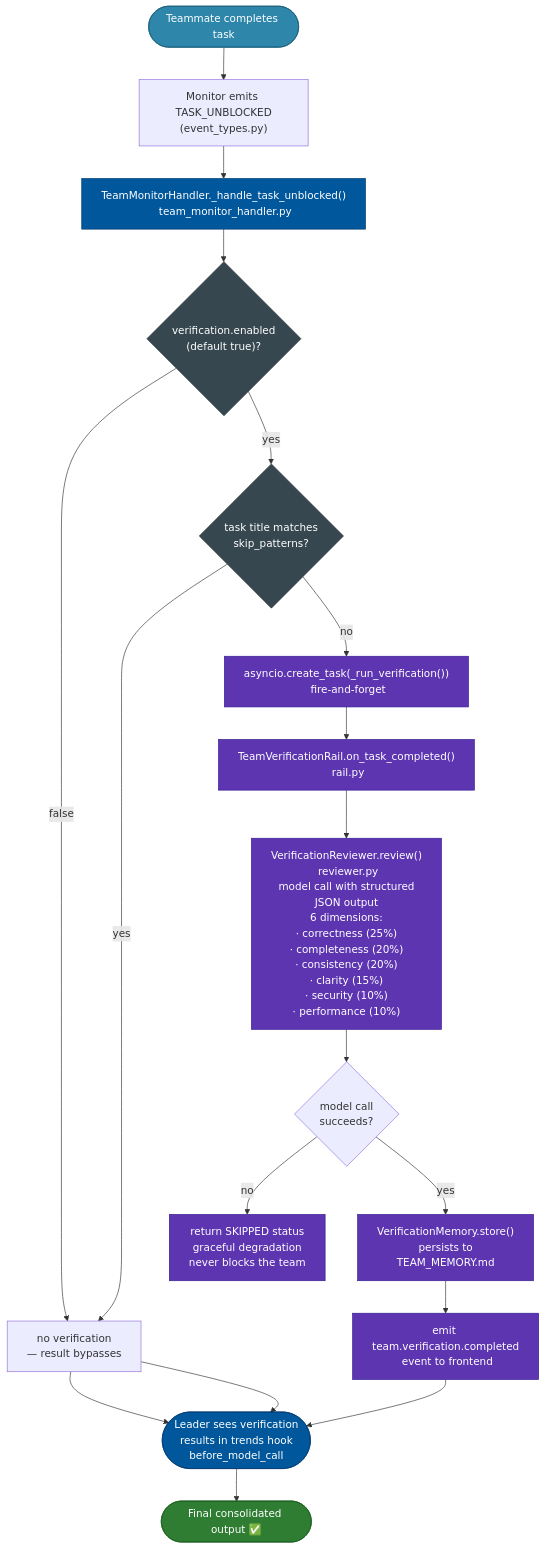
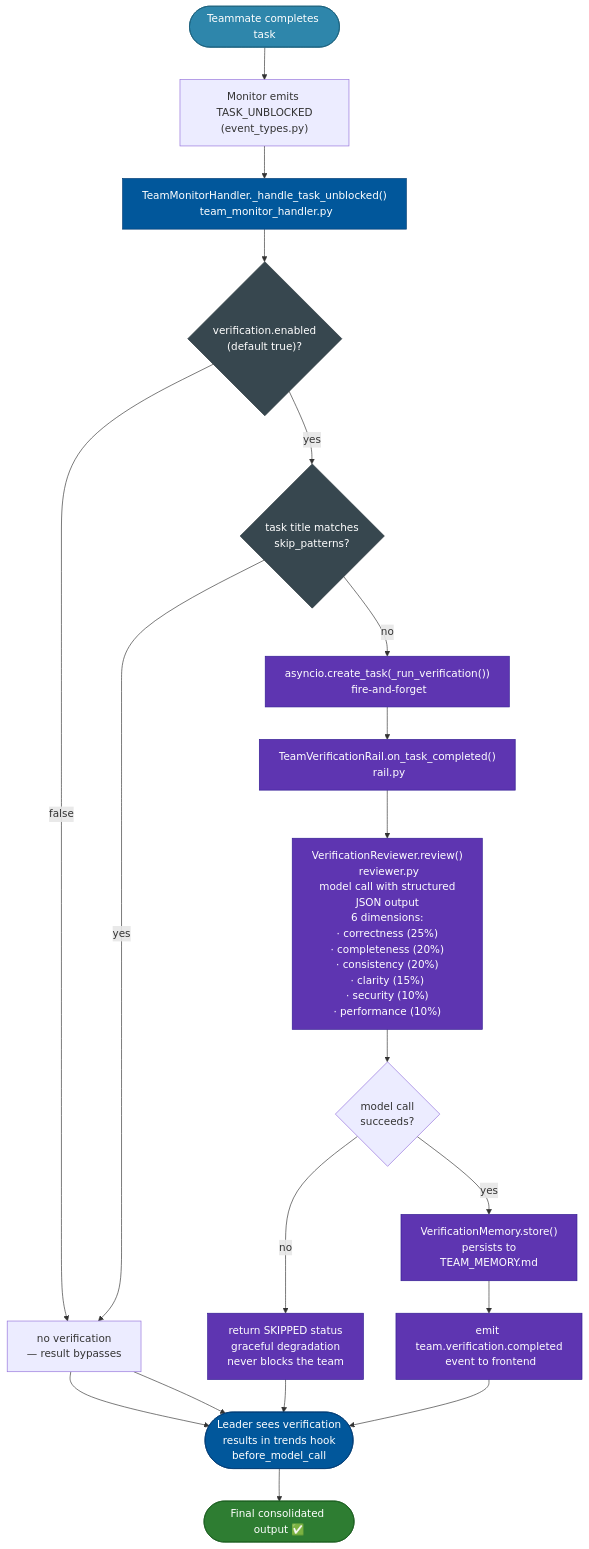
Before and after one commit to michaelatamuk/openjiuwen-jiuwenswarm: the eighth of 8 diagrams in docs-michael/Implementation.Overview.md, drawn with Mermaid.

Commit message:
Working on Jiuwenswarm

````diff
--- a/docs-michael/Implementation.Overview.md
+++ b/docs-michael/Implementation.Overview.md
@@ -1381,41 +1381,41 @@
 ```mermaid
 flowchart TD
     classDef leader fill:#01579B,color:#fff,stroke:#003c74
     classDef teammate fill:#2E86AB,color:#fff,stroke:#1a5f7a
     classDef rev    fill:#5E35B1,color:#fff,stroke:#311B92
     classDef done   fill:#2E7D32,color:#fff,stroke:#1B5E20
     classDef cfg    fill:#37474F,color:#fff,stroke:#263238
 
     TM(["Teammate completes task"]):::teammate
 
     TM --> TEAM_EVENT["Monitor emits TASK_UNBLOCKED\n(event_types.py)"]
 
     TEAM_EVENT --> MON_HANDLER["TeamMonitorHandler._handle_task_unblocked()\n team_monitor_handler.py"]:::leader
 
     MON_HANDLER --> CFG{"verification.enabled\n(default true)?"}:::cfg
 
     CFG -->|"false"| BYPASS["no verification\n— result bypasses"]
     BYPASS --> LEADER_DONE
 
     CFG -->|"yes"| SKIP{"task title matches\nskip_patterns?"}:::cfg
 
     SKIP -->|"yes"| BYPASS
 
     SKIP -->|"no"| VERIFY["asyncio.create_task(_run_verification())\n fire-and-forget"]:::rev
 
     VERIFY --> RAIL["TeamVerificationRail.on_task_completed()\n rail.py"]:::rev
 
     RAIL --> REVIEWER["VerificationReviewer.review()\n reviewer.py\n model call with structured JSON output\n6 dimensions:\n· correctness (25%)\n· completeness (20%)\n· consistency (20%)\n· clarity (15%)\n· security (10%)\n· performance (10%)"]:::rev
 
     REVIEWER --> RESULT{"model call\nsucceeds?"}
 
     RESULT -->|"no"| GRACEFUL["return SKIPPED status\n graceful degradation\nnever blocks the team"]:::rev
 
     RESULT -->|"yes"| PERSIST["VerificationMemory.store()\n persists to TEAM_MEMORY.md"]:::rev
 
     PERSIST --> EVENT_EMIT["emit team.verification.completed\n event to frontend"]:::rev
 
-    EVENT_EMIT & BYPASS --> LEADER_DONE(["Leader sees verification\n results in trends hook\nbefore_model_call"]):::leader
+    GRACEFUL & EVENT_EMIT & BYPASS --> LEADER_DONE(["Leader sees verification\n results in trends hook\nbefore_model_call"]):::leader
 
     LEADER_DONE --> CONSOLIDATE(["Final consolidated output ✅"]):::done
 ```
````
